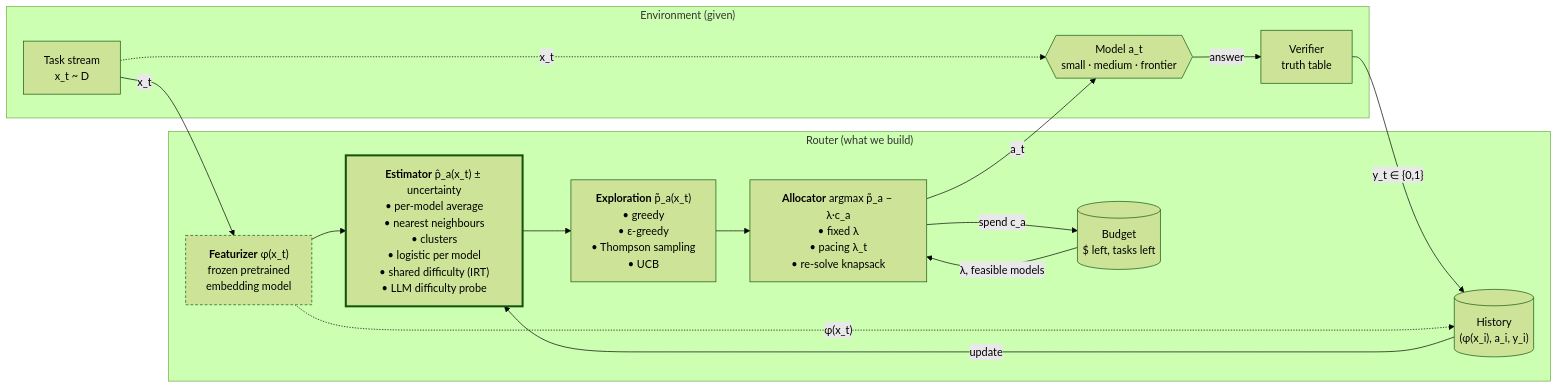
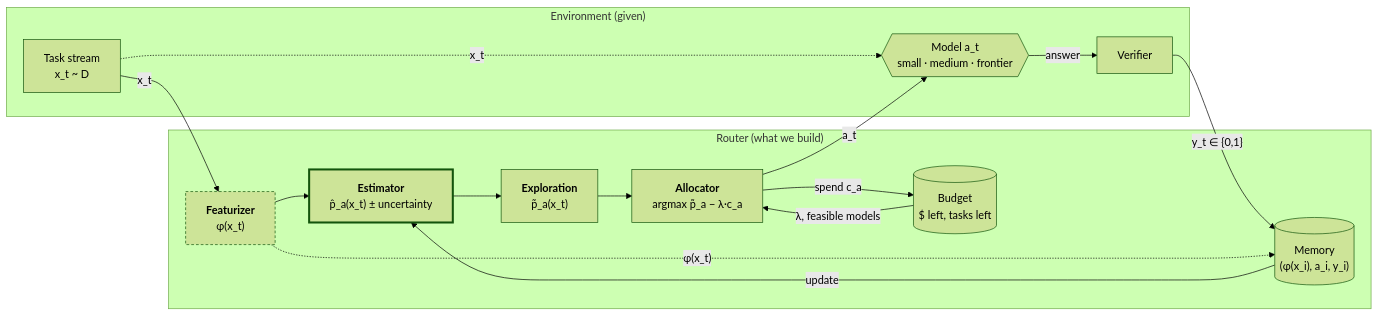
The diagram in math-model.md (samlaf/llm-routing), drawn with Mermaid (forest theme) before and after one commit. The commit also changed other lines of this file and 2 other files, not shown here.

````diff
--- a/math-model.md
+++ b/math-model.md
@@ -39,32 +100,32 @@
 ```mermaid
 flowchart LR
     subgraph env["Environment (given)"]
         S["Task stream<br/>x_t ~ D"]
         M{{"Model a_t<br/>small · medium · frontier"}}
-        V["Verifier<br/>truth table"]
+        V["Verifier"]
     end
 
     subgraph router["Router (what we build)"]
-        F["<b>Featurizer</b> φ(x_t)<br/>frozen pretrained<br/>embedding model"]
-        E["<b>Estimator</b> p̂_a(x_t) ± uncertainty<br/>• per-model average<br/>• nearest neighbours<br/>• clusters<br/>• logistic per model<br/>• shared difficulty (IRT)<br/>• LLM difficulty probe"]
-        X["<b>Exploration</b> p̃_a(x_t)<br/>• greedy<br/>• ε-greedy<br/>• Thompson sampling<br/>• UCB"]
-        A["<b>Allocator</b> argmax p̃_a − λ·c_a<br/>• fixed λ<br/>• pacing λ_t<br/>• re-solve knapsack"]
+        F["<b>Featurizer</b><br/>φ(x_t)"]
+        E["<b>Estimator</b><br/>p̂_a(x_t) ± uncertainty"]
+        X["<b>Exploration</b><br/>p̃_a(x_t)"]
+        A["<b>Allocator</b><br/>argmax p̃_a − λ·c_a"]
         B[("Budget<br/>$ left, tasks left")]
-        H[("History<br/>(φ(x_i), a_i, y_i)")]
+        H[("Memory<br/>(φ(x_i), a_i, y_i)")]
     end
 
     S -- x_t --> F --> E --> X --> A
     B -- "λ, feasible models" --> A
     A -- "spend c_a" --> B
     A -- a_t --> M
     S -. x_t .-> M
     M -- answer --> V
     V -- "y_t ∈ {0,1}" --> H
     F -. "φ(x_t)" .-> H
     H -- "update" --> E
 
     classDef learned stroke-width:3px
     classDef frozen stroke-dasharray:4 3
     class E learned
     class F frozen
 ```
````
